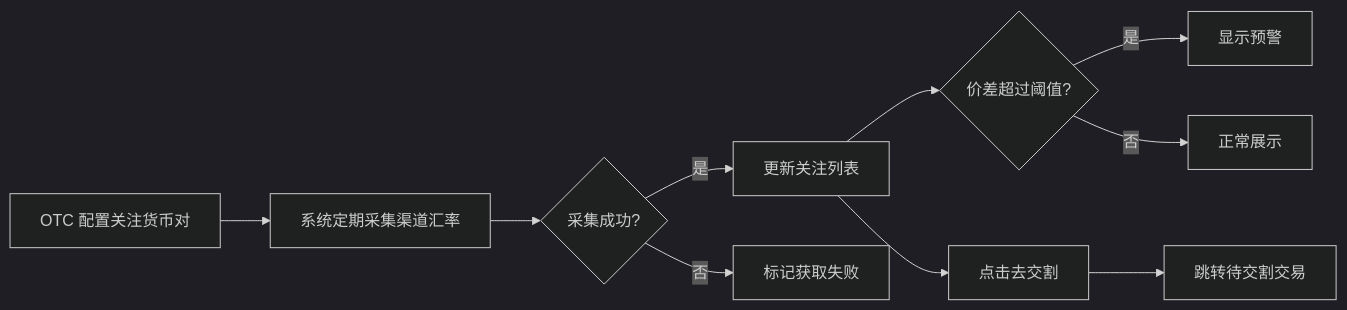
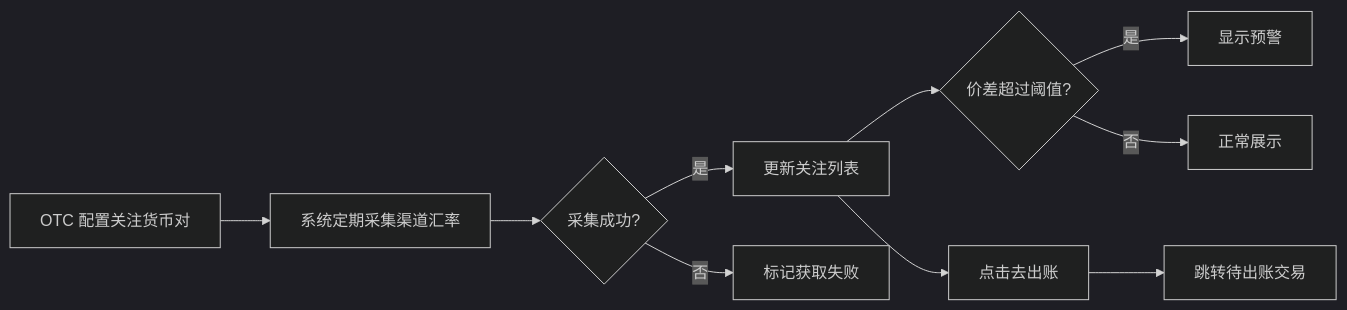
The seventh of 9 diagrams in vietnam/vietnam-otc-system-prd-v1.md (xiaoxiaoangie/EX-NEW), drawn with Mermaid (dark theme) before and after one commit. The commit also changed other lines of this file and 7 other files, not shown here.

````diff
--- a/vietnam/vietnam-otc-system-prd-v1.md
+++ b/vietnam/vietnam-otc-system-prd-v1.md
@@ -1757,12 +1739,12 @@
 ```mermaid
 flowchart LR
     A["OTC 配置关注货币对"] --> B["系统定期采集渠道汇率"]
     B --> C{"采集成功?"}
     C -->|"是"| D["更新关注列表"]
     C -->|"否"| E["标记获取失败"]
     D --> F{"价差超过阈值?"}
     F -->|"是"| G["显示预警"]
     F -->|"否"| H["正常展示"]
-    D --> I["点击去交割"]
-    I --> J["跳转待交割交易"]
+    D --> I["点击去出账"]
+    I --> J["跳转待出账交易"]
 ```
````
